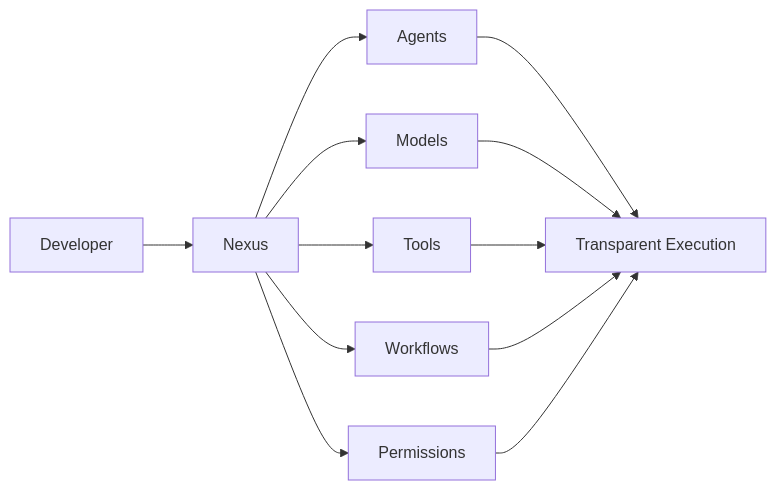
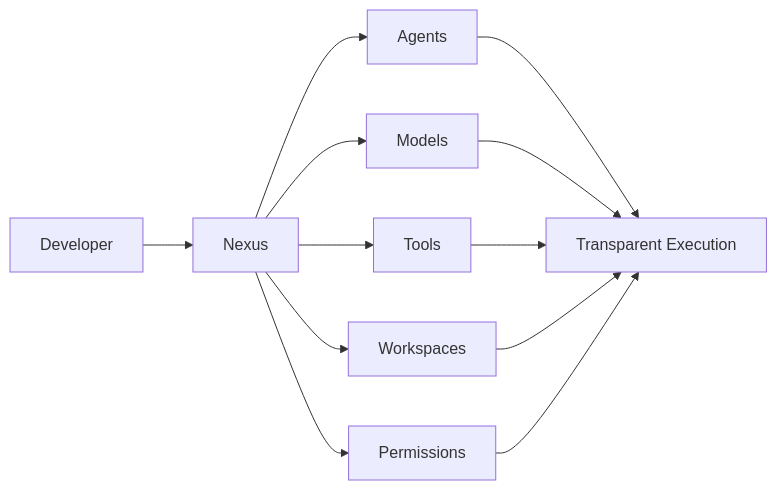
Before and after one commit to timothynn/Nexus: the first of 4 diagrams in README.md, drawn with Mermaid. The commit also changed other lines of this file, not shown here.

````diff
--- a/README.md
+++ b/README.md
@@ -27,15 +27,15 @@
 ```mermaid
 flowchart LR
     U[Developer] --> N[Nexus]
     N --> A[Agents]
     N --> M[Models]
     N --> T[Tools]
-    N --> W[Workflows]
+    N --> W[Workspaces]
     N --> P[Permissions]
 
     A --> R[Transparent Execution]
     M --> R
     T --> R
     W --> R
     P --> R
 ```
````
